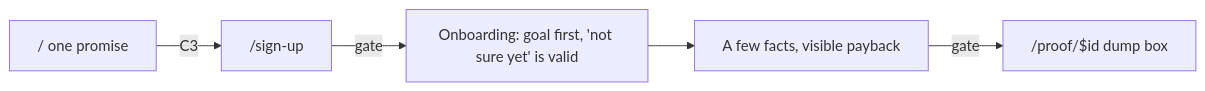
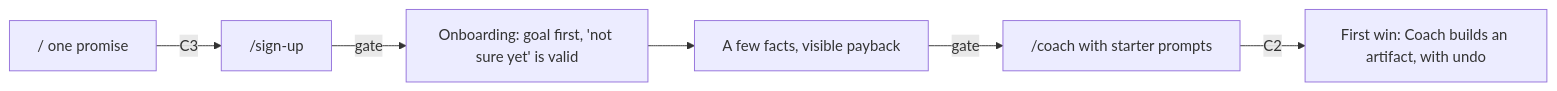
Before and after one commit to Rickvu309/opencv: the third of 7 diagrams in docs/flows.md, drawn with Mermaid. The commit also changed other lines of this file and 13 other files, not shown here.

````diff
--- a/docs/flows.md
+++ b/docs/flows.md
@@ -152,7 +152,8 @@
 ```mermaid
 flowchart LR
   Landing["/  one promise"] -->|"C3"| SignUp["/sign-up"]
   SignUp -->|"gate"| Goal["Onboarding: goal first, 'not sure yet' is valid"]
   Goal --> Facts["A few facts, visible payback"]
-  Facts -->|"gate"| Dump["/proof/$id dump box"]
+  Facts -->|"gate"| Coach["/coach with starter prompts"]
+  Coach -->|"C2"| Win["First win: Coach builds an artifact, with undo"]
 ```
````
